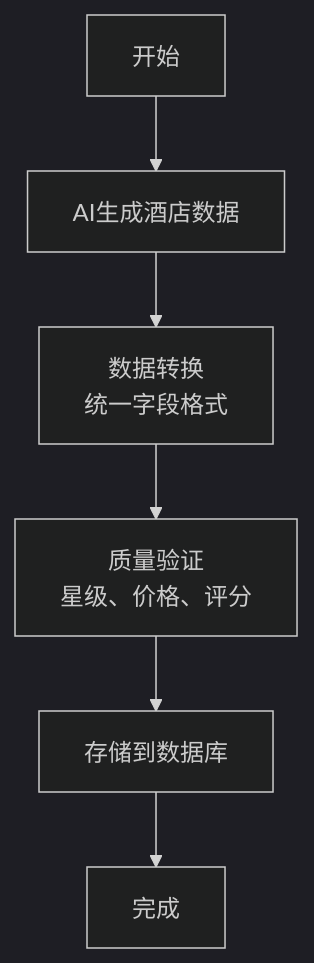
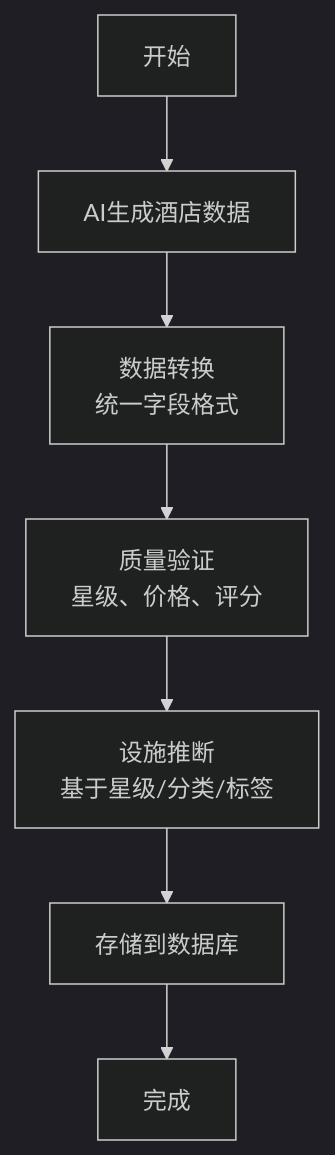
One commit to ititjjy/AITrip-plan changed diagram 13 of 14 in .qoder/repowiki/zh/content/后端API架构/数据库层设计/数据库层设计.md. Above: the diagram before and after it, drawn with Mermaid (dark theme). The commit also changed other lines of this file and 28 other files, not shown here.

````diff
--- a/.qoder/repowiki/zh/content/后端API架构/数据库层设计/数据库层设计.md
+++ b/.qoder/repowiki/zh/content/后端API架构/数据库层设计/数据库层设计.md
@@ -591,8 +729,9 @@
 ```mermaid
 flowchart TD
 Start["开始"] --> GenerateAI["AI生成酒店数据"]
 GenerateAI --> Transform["数据转换<br/>统一字段格式"]
 Transform --> Validate["质量验证<br/>星级、价格、评分"]
-Validate --> Store["存储到数据库"]
+Validate --> InferAmenities["设施推断<br/>基于星级/分类/标签"]
+InferAmenities --> Store["存储到数据库"]
 Store --> End["完成"]
 ```
````
